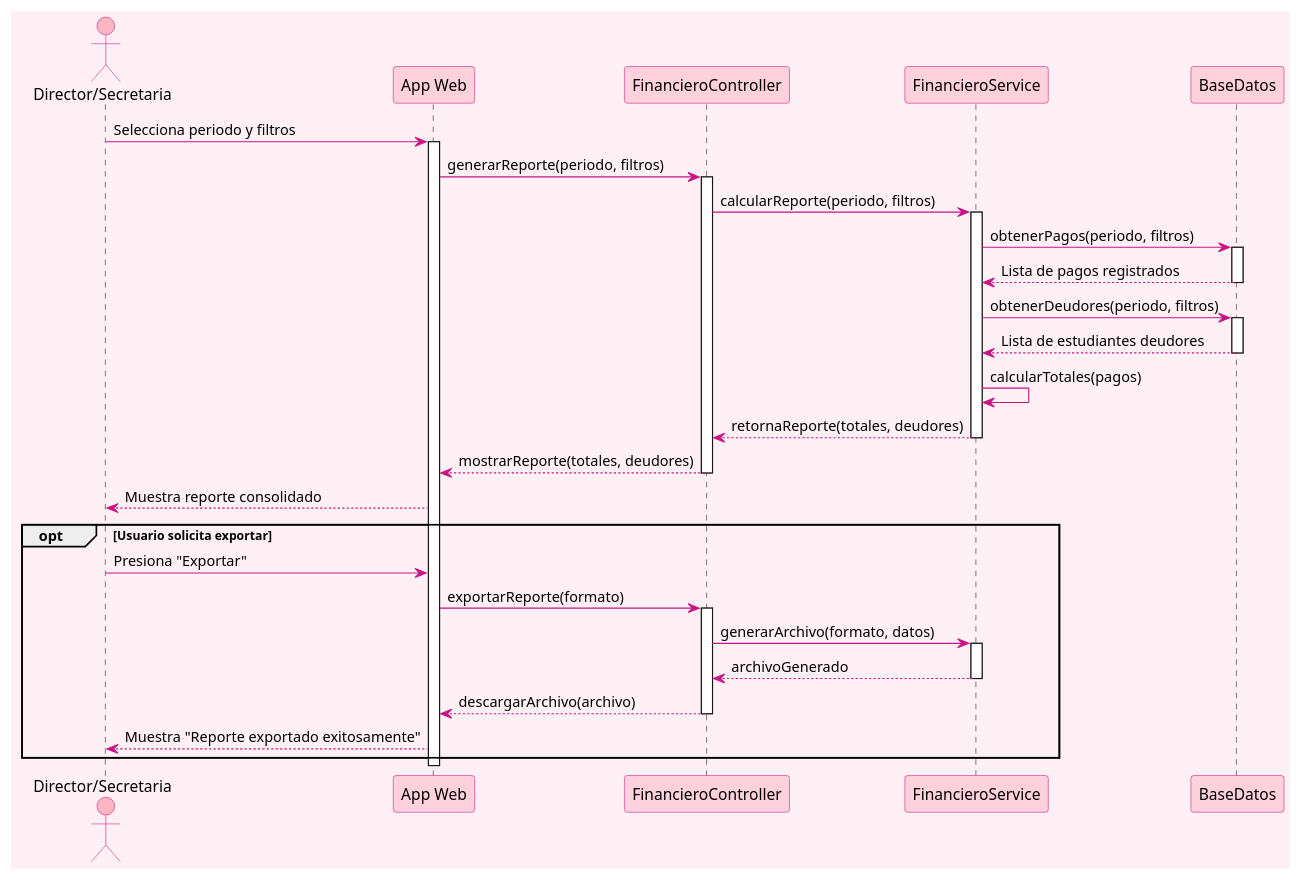
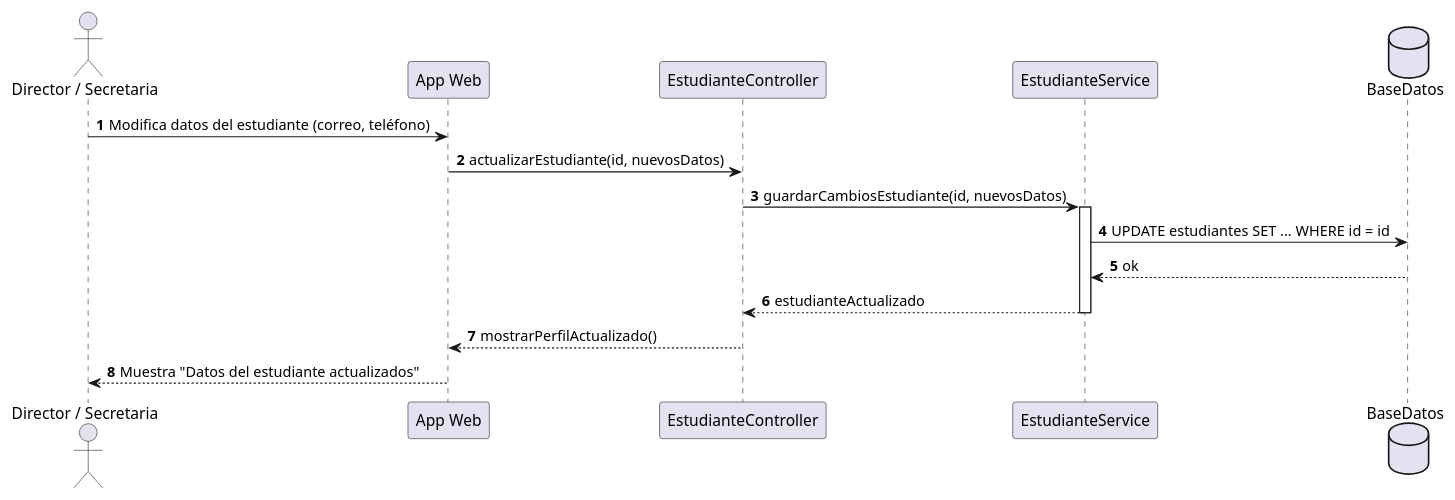
Before and after one commit to 1XxBlack1xX1/PYS-PASTIAS: the diagram in SYS-PAST/2-MODELO_UML/Comportamiento/2-Secuencia/SQ-CU12-Actualizar-estudiante.puml, drawn with PlantUML. The commit also changed 42 other files, not shown here.

```diff
--- a/SYS-PAST/2-MODELO_UML/Comportamiento/2-Secuencia/SQ-CU12-Actualizar-estudiante.puml
+++ b/SYS-PAST/2-MODELO_UML/Comportamiento/2-Secuencia/SQ-CU12-Actualizar-estudiante.puml
@@ -1,52 +1,19 @@
-@startuml
-skinparam backgroundColor #FFF0F5
-skinparam participantBackgroundColor #FFD1DC
-skinparam participantBorderColor #C71585
-skinparam actorBackgroundColor #FFB6C1
-skinparam actorBorderColor #C71585
-skinparam arrowColor #C71585
-skinparam lifeLineBorderColor #C71585
+@startuml CU12_Actualizar_Estudiante
+autonumber
+actor "Director / Secretaria" as Actor
+participant "App Web" as UI
+participant "EstudianteController" as Ctrl
+participant "EstudianteService" as Serv
+database "BaseDatos" as DB
 
-actor "Director/Secretaria" as user
-participant "App Web" as app
-participant "FinancieroController" as controller
-participant "FinancieroService" as service
-participant "BaseDatos" as db
-
-user -> app : Selecciona periodo y filtros
-activate app
-app -> controller : generarReporte(periodo, filtros)
-activate controller
-controller -> service : calcularReporte(periodo, filtros)
-activate service
-service -> db : obtenerPagos(periodo, filtros)
-activate db
-db --> service : Lista de pagos registrados
-deactivate db
-service -> db : obtenerDeudores(periodo, filtros)
-activate db
-db --> service : Lista de estudiantes deudores
-deactivate db
-service -> service : calcularTotales(pagos)
-service --> controller : retornaReporte(totales, deudores)
-deactivate service
-controller --> app : mostrarReporte(totales, deudores)
-deactivate controller
-app --> user : Muestra reporte consolidado
-
-opt Usuario solicita exportar
-    user -> app : Presiona "Exportar"
-    app -> controller : exportarReporte(formato)
-    activate controller
-    controller -> service : generarArchivo(formato, datos)
-    activate service
-    service --> controller : archivoGenerado
-    deactivate service
-    controller --> app : descargarArchivo(archivo)
-    deactivate controller
-    app --> user : Muestra "Reporte exportado exitosamente"
-end
-
-deactivate app
-
+Actor -> UI: Modifica datos del estudiante (correo, teléfono)
+UI -> Ctrl: actualizarEstudiante(id, nuevosDatos)
+Ctrl -> Serv: guardarCambiosEstudiante(id, nuevosDatos)
+activate Serv
+Serv -> DB: UPDATE estudiantes SET ... WHERE id = id
+DB --> Serv: ok
+Ctrl <-- Serv: estudianteActualizado
+deactivate Serv
+UI <-- Ctrl: mostrarPerfilActualizado()
+Actor <-- UI: Muestra "Datos del estudiante actualizados"
 @enduml
```
